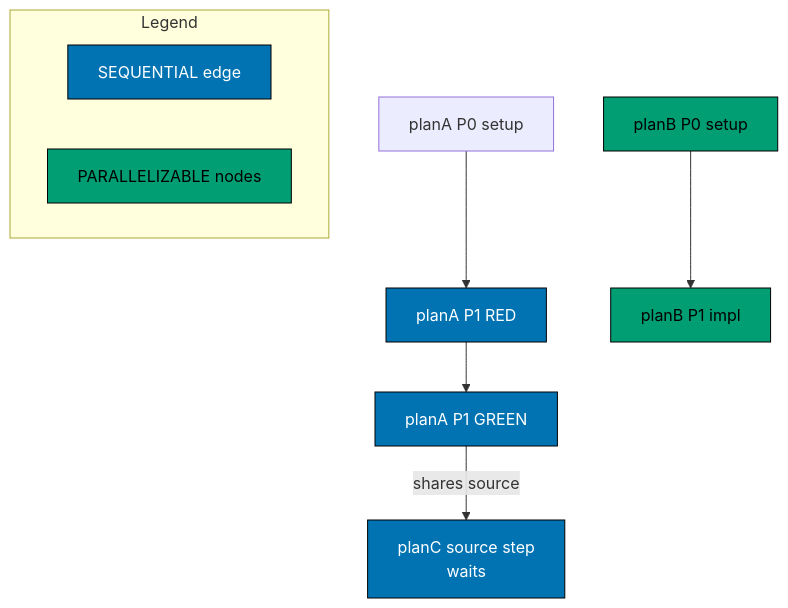
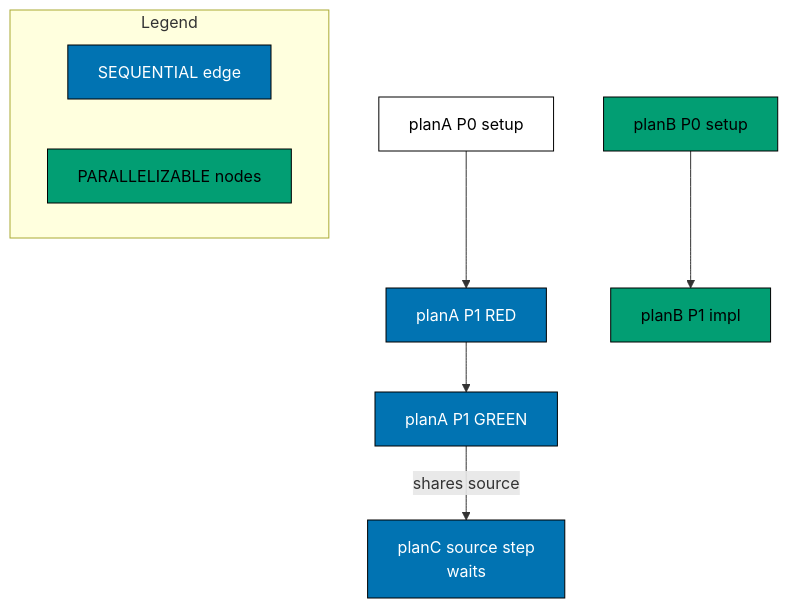
Before and after one commit to wahidyankf/ose-public: the diagram in repo-governance/workflows/plan/multi-plans-execution/phase-a-edges-report-and-diagram.md, drawn with Mermaid. The commit also changed 220 other files, not shown here.

First line of the commit message:
docs: split mermaid labels to 20 graphemes and add palette defaults

````diff
--- a/repo-governance/workflows/plan/multi-plans-execution/phase-a-edges-report-and-diagram.md
+++ b/repo-governance/workflows/plan/multi-plans-execution/phase-a-edges-report-and-diagram.md
@@ -44,15 +44,16 @@
 ```mermaid
 flowchart TD
-  accTitle: Phase A — Load Plans and Build the Dependency DAG (Edges, Report, and Diagram)
+  accTitle: Phase A — Load Plans and Build the Dependency DAG — Edges, Report, and Diagram
   accDescr: planA P0 setup leads to planA P1 RED; planA P1 RED leads to planA P1 GREEN; planB P0 setup leads to planB P1 impl; and 1 more links.
   subgraph Legend
     L1[SEQUENTIAL edge]:::seq
     L2[PARALLELIZABLE nodes]:::par
   end
   A0[planA P0 setup] --> A1[planA P1 RED]:::seq
   A1 --> A2[planA P1 GREEN]:::seq
   B0[planB P0 setup]:::par --> B1[planB P1 impl]:::par
   A2 -->|shares source| C1[planC source step<br/>waits]:::seq
   classDef seq fill:#0173B2,stroke:#000000,color:#FFFFFF
   classDef par fill:#029E73,stroke:#000000,color:#000000
+  classDef default fill:#FFFFFF,stroke:#000000,color:#000000
 ```
````
